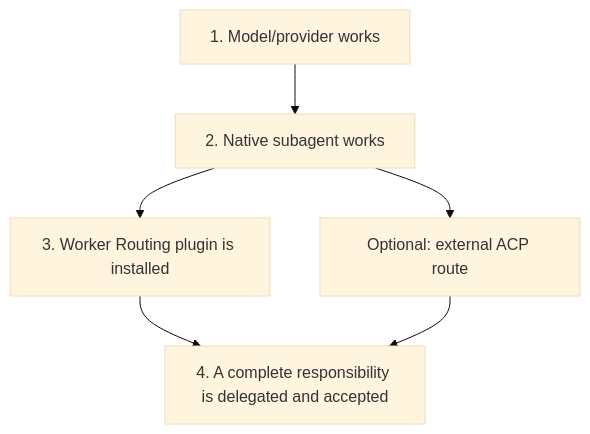
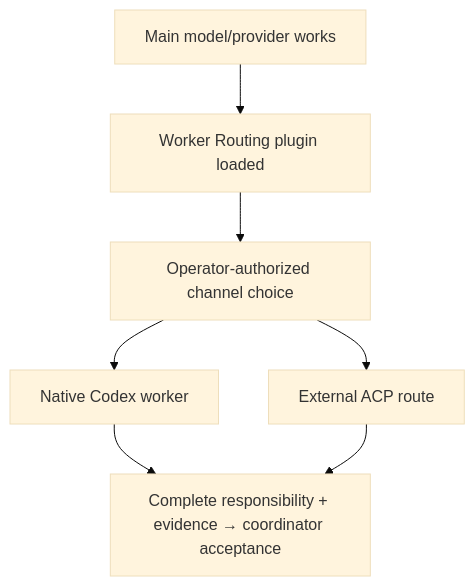
One commit to IndelibleVivi/codex-worker-routing changed the diagram in docs/first-delegated-task.en.md. Above: the diagram before and after it, drawn with Mermaid (base theme). The commit also changed other lines of this file and 36 other files, not shown here.

````diff
--- a/docs/first-delegated-task.en.md
+++ b/docs/first-delegated-task.en.md
@@ -8,8 +9,9 @@
 ```mermaid
 flowchart TD
-  Model["1. Model/provider works"] --> Native["2. Native subagent works"]
-  Native --> Policy["3. Worker Routing plugin is installed"]
-  Policy --> Task["4. A complete responsibility is delegated and accepted"]
-  Native --> ACP["Optional: external ACP route"]
+  Model["Main model/provider works"] --> Policy["Worker Routing plugin loaded"]
+  Policy --> Channel["Operator-authorized channel choice"]
+  Channel --> Native["Native Codex worker"]
+  Channel --> ACP["External ACP route"]
+  Native --> Task["Complete responsibility + evidence → coordinator acceptance"]
   ACP --> Task
 ```
````
